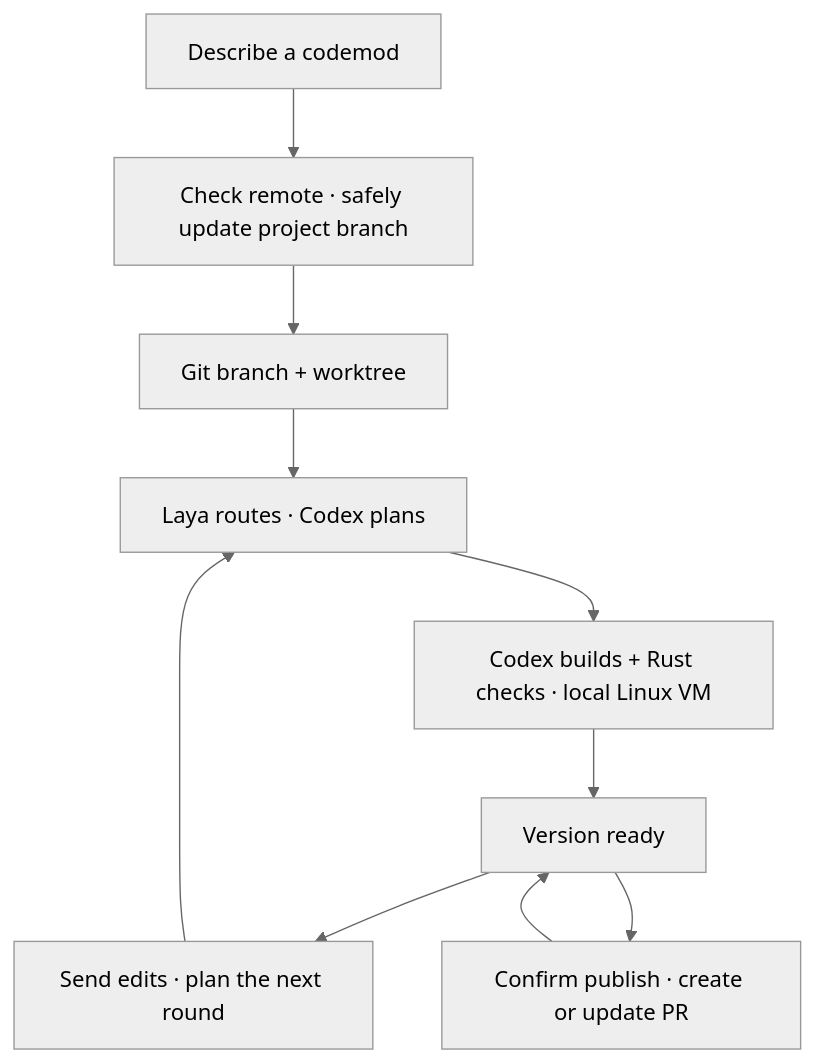
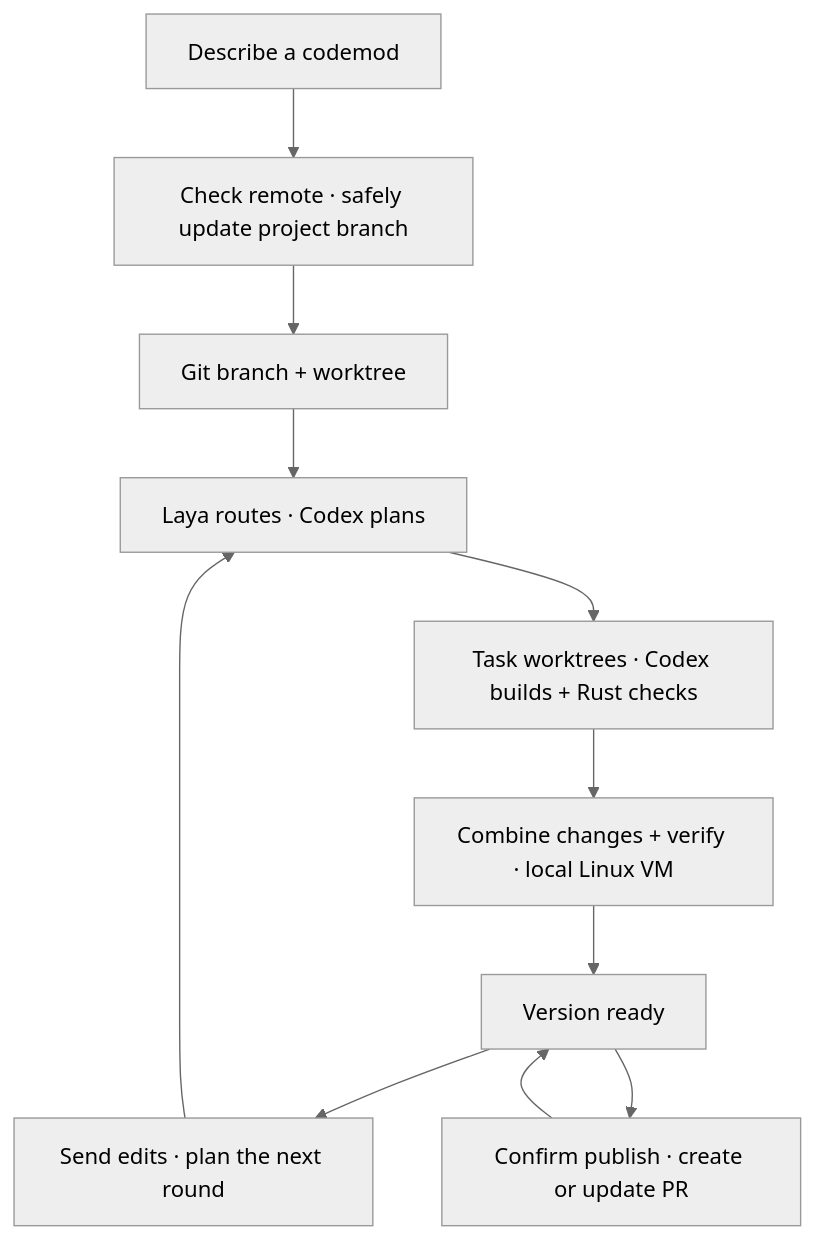
The diagram in README.md (minimumeffort-dev/sprowt.harness), drawn with Mermaid (neutral theme) before and after one commit. The commit also changed other lines of this file and 17 other files, not shown here.

````diff
--- a/README.md
+++ b/README.md
@@ -33,12 +33,13 @@
 ```mermaid
 flowchart TB
     goal["Describe a codemod"] --> sync["Check remote · safely update project branch"]
     sync --> setup["Git branch + worktree"]
     setup --> planner["Laya routes · Codex plans"]
-    planner --> build["Codex builds + Rust checks · local Linux VM"]
-    build --> ready["Version ready"]
+    planner --> build["Task worktrees · Codex builds + Rust checks"]
+    build --> combine["Combine changes + verify · local Linux VM"]
+    combine --> ready["Version ready"]
     ready --> edits["Send edits · plan the next round"]
     edits --> planner
     ready --> publish["Confirm publish · create or update PR"]
     publish --> ready
 ```
````
